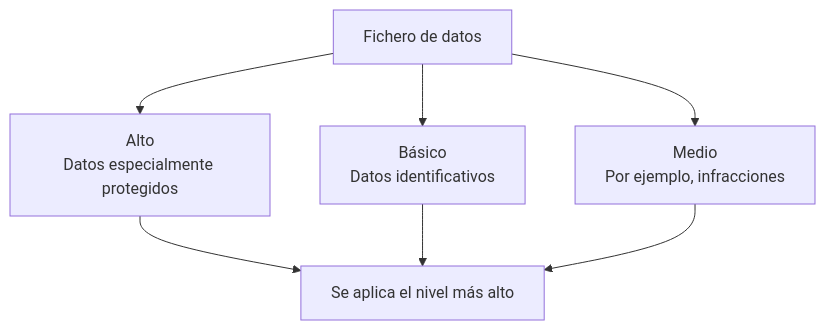
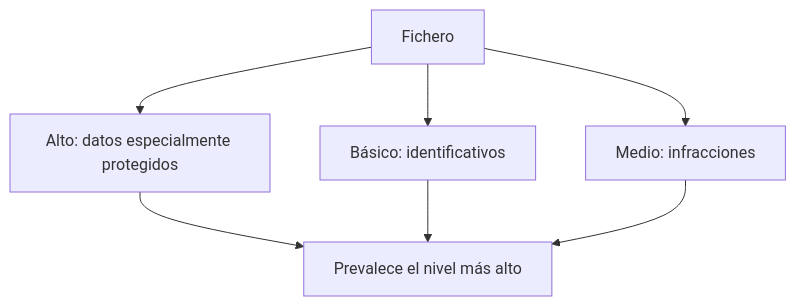
Before and after one commit to martalopezron92/2026-2SMR-SEGINF-Material: the tenth of 10 diagrams in materiales/diapositivas/UD01_diapositivas.md, drawn with Mermaid. The commit also changed other lines of this file, not shown here.

````diff
--- a/materiales/diapositivas/UD01_diapositivas.md
+++ b/materiales/diapositivas/UD01_diapositivas.md
@@ -535,9 +363,9 @@
 ```mermaid
 flowchart TD
-    F[Fichero de datos] --> B[Básico\nDatos identificativos]
-    F --> M[Medio\nPor ejemplo, infracciones]
-    F --> A[Alto\nDatos especialmente protegidos]
-    A --> MAX[Se aplica el nivel más alto]
-    B --> MAX
-    M --> MAX
+ F[Fichero] --> B[Básico: identificativos]
+ F --> M[Medio: infracciones]
+ F --> A[Alto: datos especialmente protegidos]
+ A --> N[Prevalece el nivel más alto]
+ B --> N
+ M --> N
 ```
````
